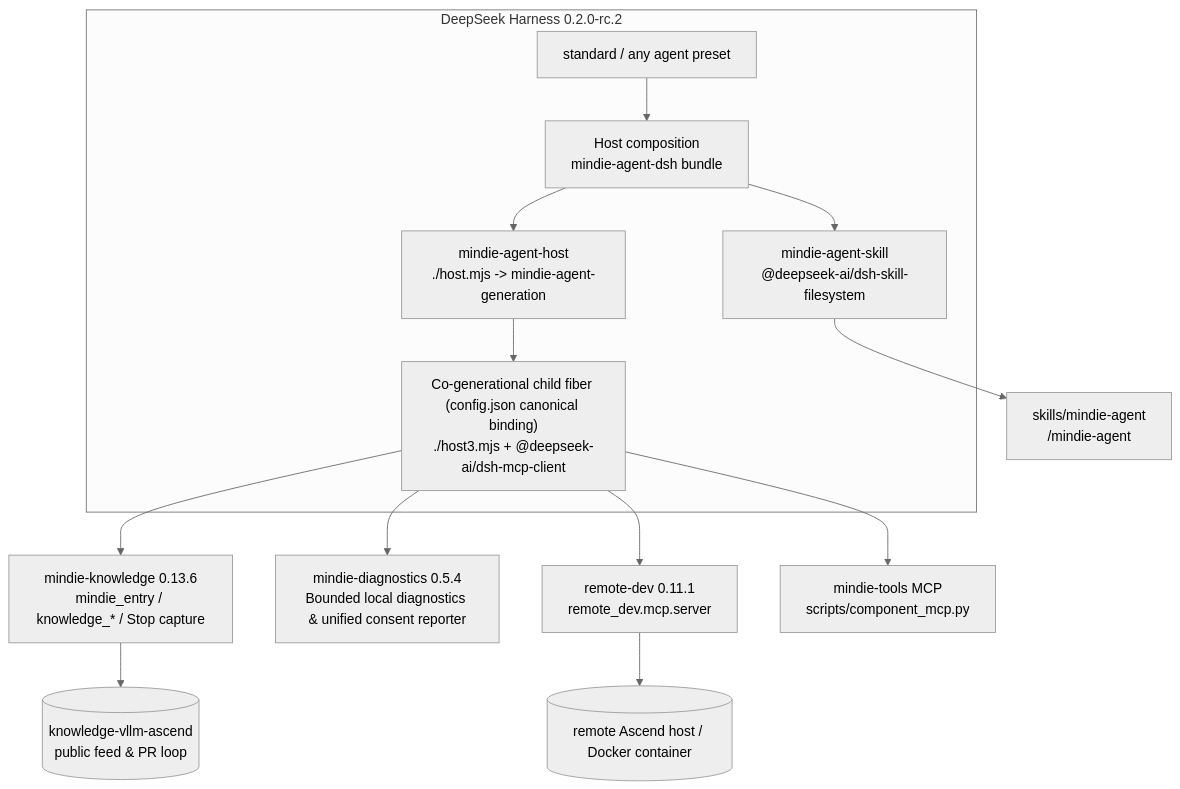
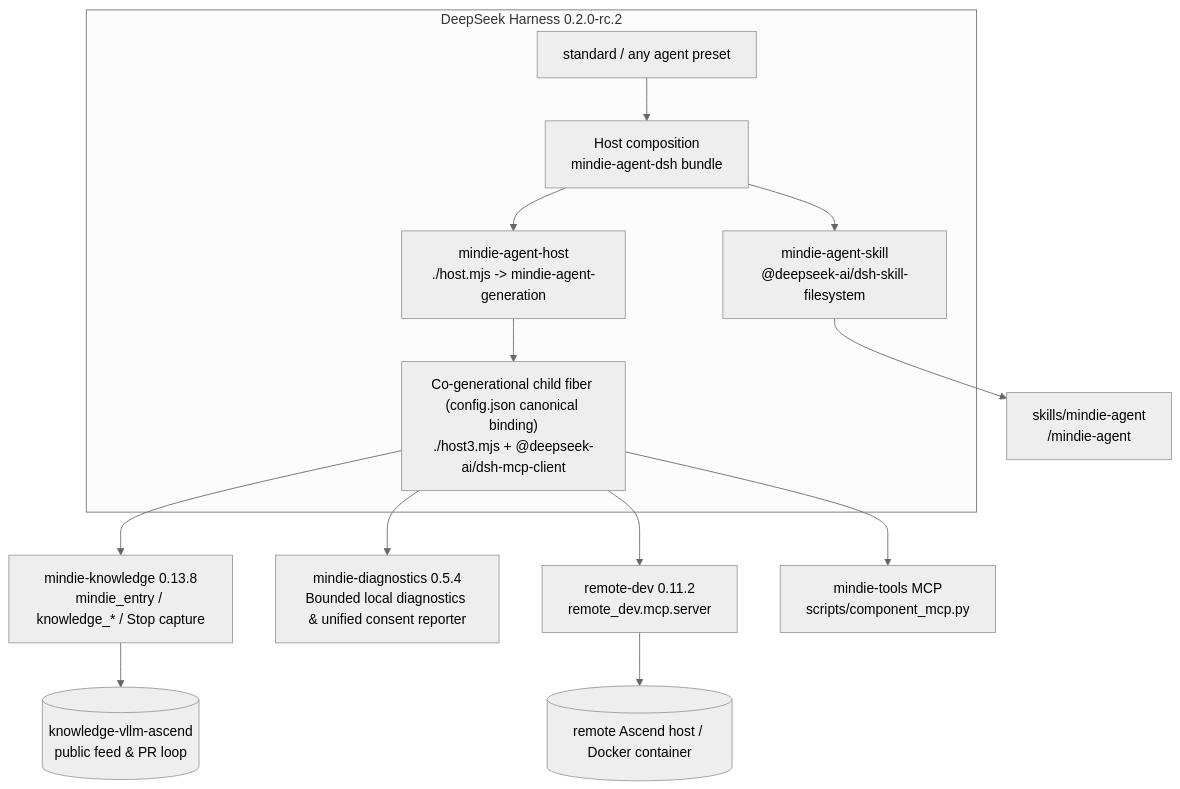
Before and after one commit to mindie-agent/mindie-agent-dsh: the diagram in README.en.md, drawn with Mermaid (neutral theme). The commit also changed other lines of this file and 10 other files, not shown here.

````diff
--- a/README.en.md
+++ b/README.en.md
@@ -132,21 +132,21 @@
 ```mermaid
 flowchart TB
   subgraph DSH["DeepSeek Harness 0.2.0-rc.2"]
     HOST["Host composition<br/>mindie-agent-dsh bundle"]
     STD["standard / any agent preset"]
     SKILL["mindie-agent-skill<br/>@deepseek-ai/dsh-skill-filesystem"]
     HPLUG["mindie-agent-host<br/>./host.mjs -> mindie-agent-generation"]
     GEN["Co-generational child fiber (config.json canonical binding)<br/>./host3.mjs + @deepseek-ai/dsh-mcp-client"]
     STD --> HOST
     HOST --> SKILL
     HOST --> HPLUG
     HPLUG --> GEN
   end
   SKILL --> SK["skills/mindie-agent<br/>/mindie-agent"]
-  GEN --> KS["mindie-knowledge 0.13.6<br/>mindie_entry / knowledge_* / Stop capture"]
+  GEN --> KS["mindie-knowledge 0.13.8<br/>mindie_entry / knowledge_* / Stop capture"]
   GEN --> DIAG["mindie-diagnostics 0.5.4<br/>Bounded local diagnostics & unified consent reporter"]
   KS --> FEED[("knowledge-vllm-ascend<br/>public feed & PR loop")]
-  GEN --> RD["remote-dev 0.11.1<br/>remote_dev.mcp.server"]
+  GEN --> RD["remote-dev 0.11.2<br/>remote_dev.mcp.server"]
   GEN --> MT["mindie-tools MCP<br/>scripts/component_mcp.py"]
   RD --> NPU[("remote Ascend host / Docker container")]
 ```
````
